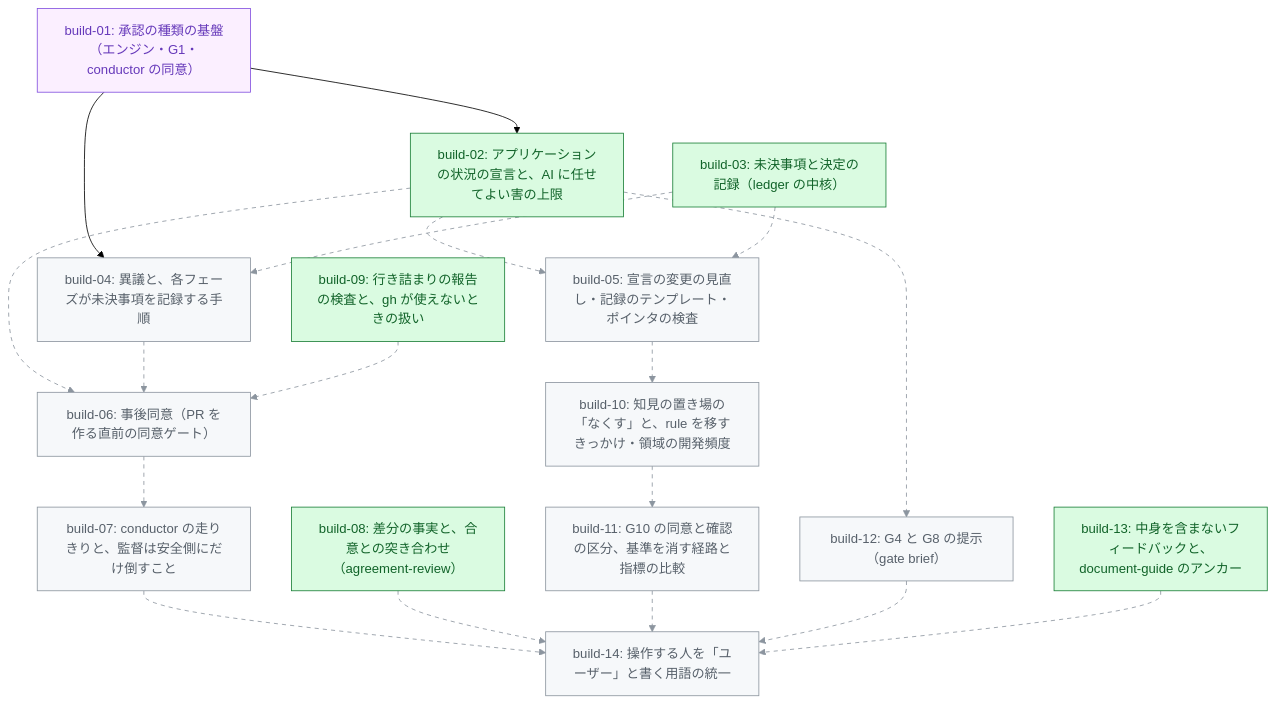
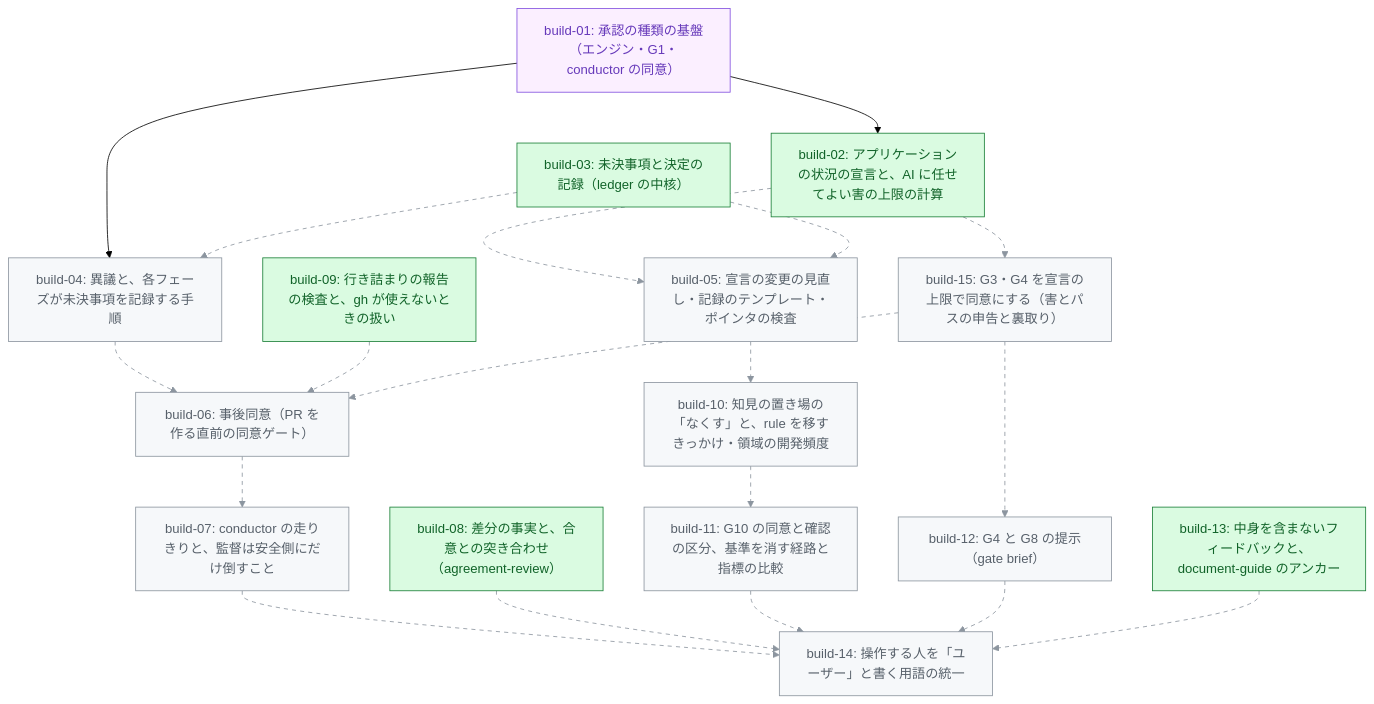
Before and after one commit to tak-solder/hikyaku: the diagram in .hikyaku/cycles/001-v3-core-concepts/tasklist.md, drawn with Mermaid (forest theme). The commit also changed other lines of this file and 7 other files, not shown here.

````diff
--- a/.hikyaku/cycles/001-v3-core-concepts/tasklist.md
+++ b/.hikyaku/cycles/001-v3-core-concepts/tasklist.md
@@ -29,41 +30,43 @@
 ```mermaid
 graph TD
   b01["build-01: 承認の種類の基盤（エンジン・G1・conductor の同意）"]
-  b02["build-02: アプリケーションの状況の宣言と、AI に任せてよい害の上限"]
+  b02["build-02: アプリケーションの状況の宣言と、AI に任せてよい害の上限の計算"]
   b03["build-03: 未決事項と決定の記録（ledger の中核）"]
   b04["build-04: 異議と、各フェーズが未決事項を記録する手順"]
   b05["build-05: 宣言の変更の見直し・記録のテンプレート・ポインタの検査"]
   b06["build-06: 事後同意（PR を作る直前の同意ゲート）"]
   b07["build-07: conductor の走りきりと、監督は安全側にだけ倒すこと"]
   b08["build-08: 差分の事実と、合意との突き合わせ（agreement-review）"]
   b09["build-09: 行き詰まりの報告の検査と、gh が使えないときの扱い"]
   b10["build-10: 知見の置き場の「なくす」と、rule を移すきっかけ・領域の開発頻度"]
   b11["build-11: G10 の同意と確認の区分、基準を消す経路と指標の比較"]
   b12["build-12: G4 と G8 の提示（gate brief）"]
   b13["build-13: 中身を含まないフィードバックと、document-guide のアンカー"]
   b14["build-14: 操作する人を「ユーザー」と書く用語の統一"]
+  b15["build-15: G3・G4 を宣言の上限で同意にする（害とパスの申告と裏取り）"]
   b01 --> b02
   b01 --> b04
   b03 -.-> b04
   b02 -.-> b05
   b03 -.-> b05
-  b02 -.-> b06
   b04 -.-> b06
   b09 -.-> b06
+  b15 -.-> b06
   b06 -.-> b07
   b05 -.-> b10
   b10 -.-> b11
-  b02 -.-> b12
+  b15 -.-> b12
   b07 -.-> b14
   b08 -.-> b14
   b11 -.-> b14
   b12 -.-> b14
   b13 -.-> b14
+  b02 -.-> b15
   classDef merged fill:#fbefff,stroke:#8250df,color:#6639ba
   classDef ready fill:#dafbe1,stroke:#1a7f37,color:#116329
   classDef blocked fill:#f6f8fa,stroke:#8c959f,color:#57606a
   class b01 merged
   class b02,b03,b08,b09,b13 ready
-  class b04,b05,b06,b07,b10,b11,b12,b14 blocked
-  linkStyle 2,3,4,5,6,7,8,9,10,11,12,13,14,15,16 stroke:#8c959f,stroke-dasharray:5 5
+  class b04,b05,b06,b07,b10,b11,b12,b14,b15 blocked
+  linkStyle 2,3,4,5,6,7,8,9,10,11,12,13,14,15,16,17 stroke:#8c959f,stroke-dasharray:5 5
 ```
````
